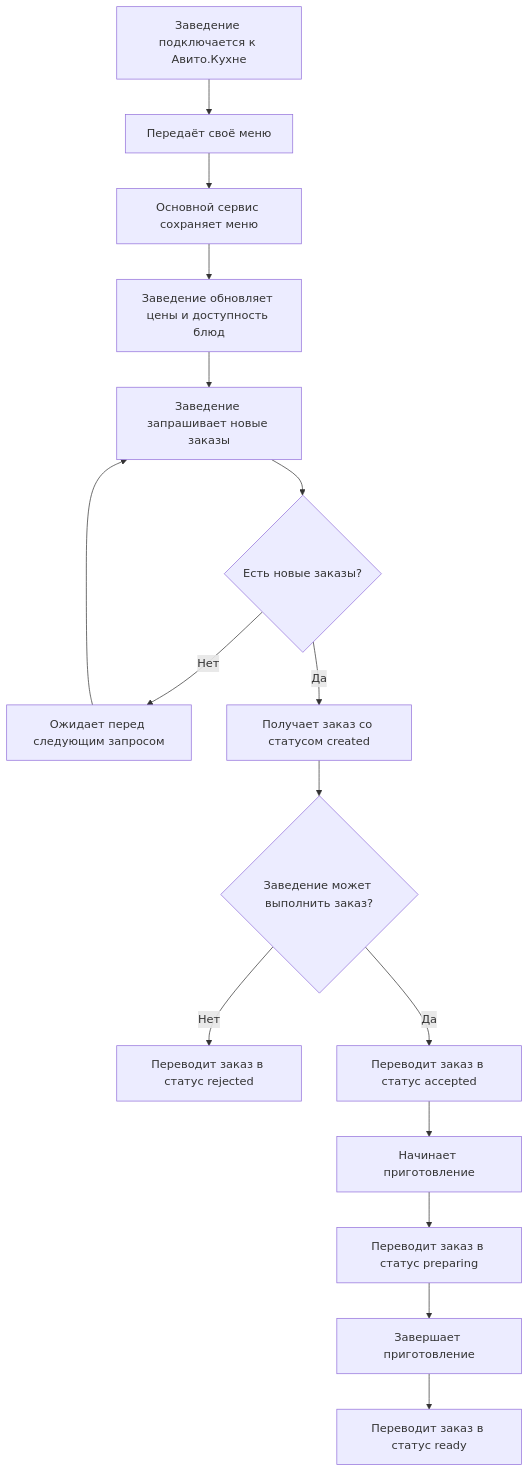
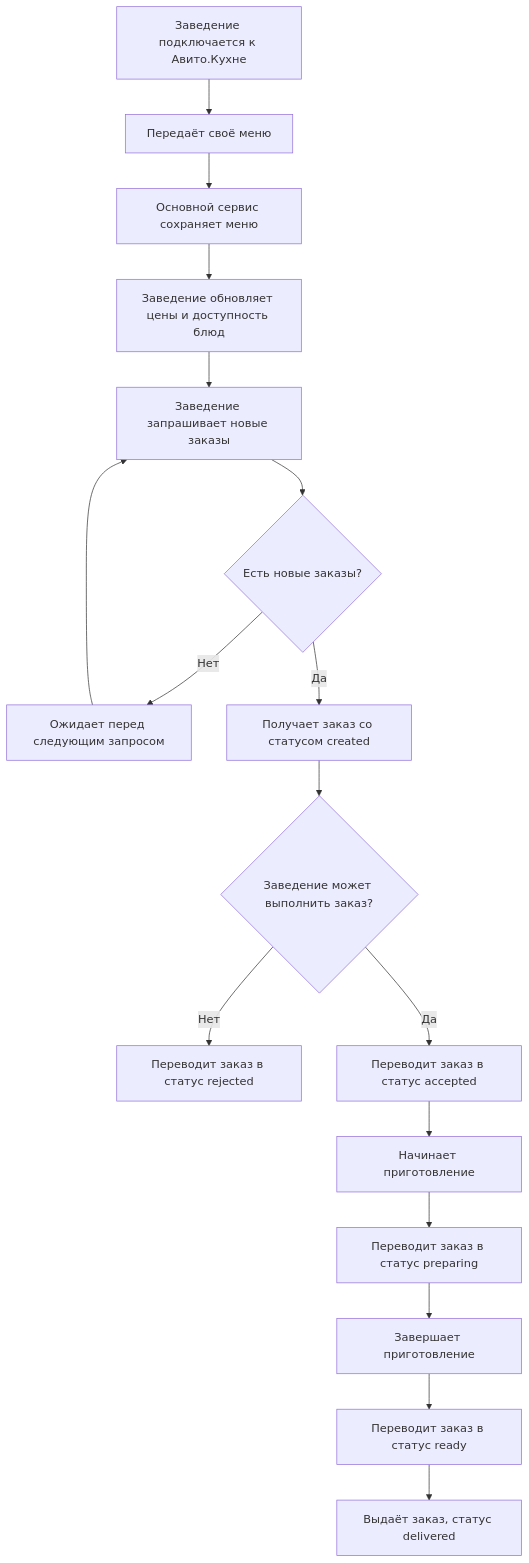
Before and after one commit to rupchella/avito-kitchen-test-task: the diagram in docs/diagrams/restaurant-cjm.md, drawn with Mermaid. The commit also changed other lines of this file and 24 other files, not shown here.

````diff
--- a/docs/diagrams/restaurant-cjm.md
+++ b/docs/diagrams/restaurant-cjm.md
@@ -6,21 +6,22 @@
 ```mermaid
 flowchart TD
     A["Заведение подключается к Авито.Кухне"] --> B["Передаёт своё меню"]
     B --> C["Основной сервис сохраняет меню"]
     C --> D["Заведение обновляет цены и доступность блюд"]
     D --> E["Заведение запрашивает новые заказы"]
     E --> F{"Есть новые заказы?"}
 
     F -- "Нет" --> G["Ожидает перед следующим запросом"]
     G --> E
 
     F -- "Да" --> H["Получает заказ со статусом created"]
     H --> I{"Заведение может выполнить заказ?"}
 
     I -- "Нет" --> J["Переводит заказ в статус rejected"]
     I -- "Да" --> K["Переводит заказ в статус accepted"]
     K --> L["Начинает приготовление"]
     L --> M["Переводит заказ в статус preparing"]
     M --> N["Завершает приготовление"]
     N --> O["Переводит заказ в статус ready"]
+    O --> P["Выдаёт заказ, статус delivered"]
 ```
````
